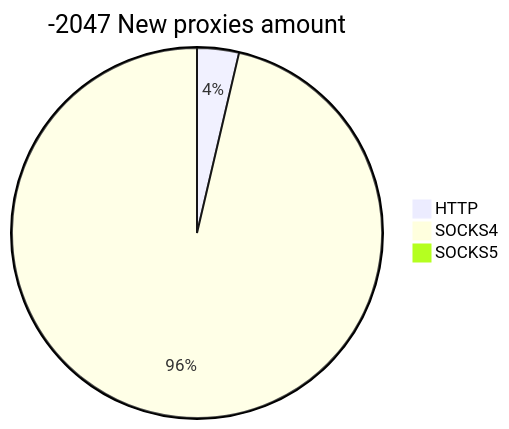
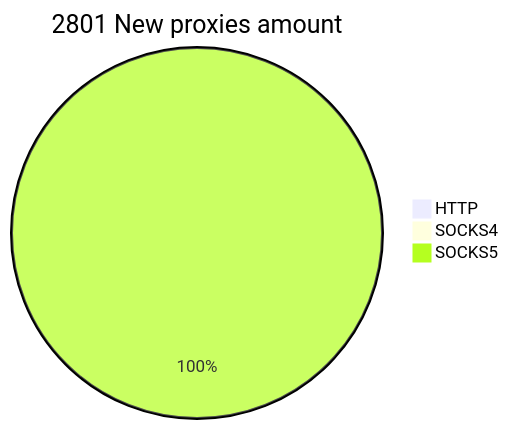
One commit to cutipu/proxylist changed the second of 2 diagrams in README.md. Above: the diagram before and after it, drawn with Mermaid. The commit also changed other lines of this file, not shown here.

````diff
--- a/README.md
+++ b/README.md
@@ -10,6 +10,6 @@
 ```mermaid
-pie title -2047 New proxies amount
-    "HTTP" : 24
-    "SOCKS4" : 633
-    "SOCKS5" : 0
+pie title 2801 New proxies amount
+    "HTTP" : 0
+    "SOCKS4" : 0
+    "SOCKS5" : 2802
 ```
````
